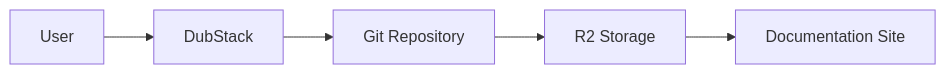
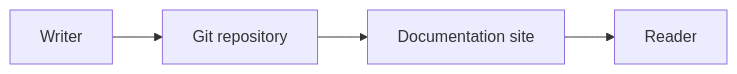
Before and after one commit to dubstack-ai/starter: the diagram in essentials/images.mdx, drawn with Mermaid. The commit also changed other lines of this file and 8 other files, not shown here.

````diff
--- a/essentials/images.mdx
+++ b/essentials/images.mdx
@@ -182,7 +160,6 @@
 ```mermaid
 graph LR
-    A[User] --> B[DubStack]
-    B --> C[Git Repository]
-    C --> D[R2 Storage]
-    D --> E[Documentation Site]
+    A[Writer] --> B[Git repository]
+    B --> C[Documentation site]
+    C --> D[Reader]
 ```
````
